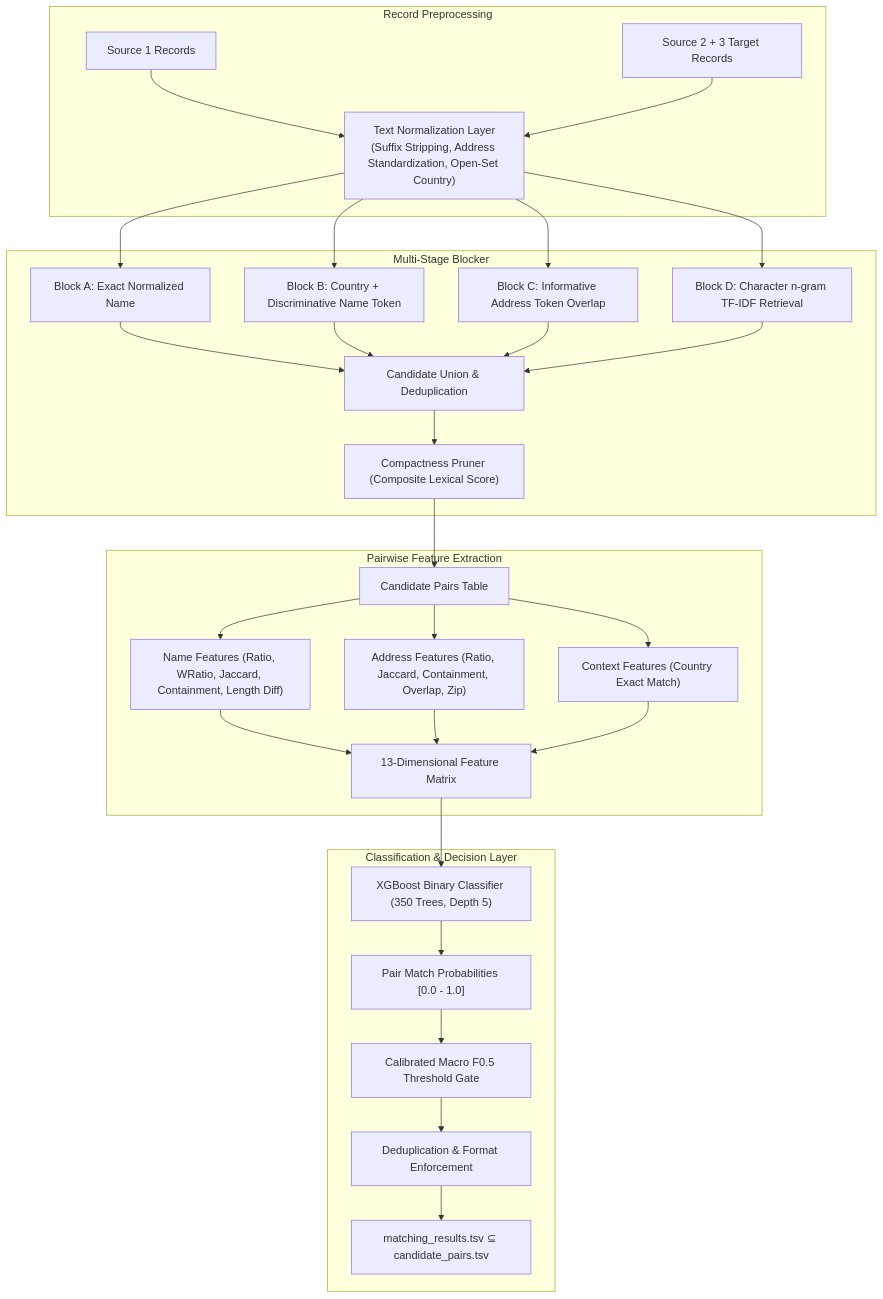
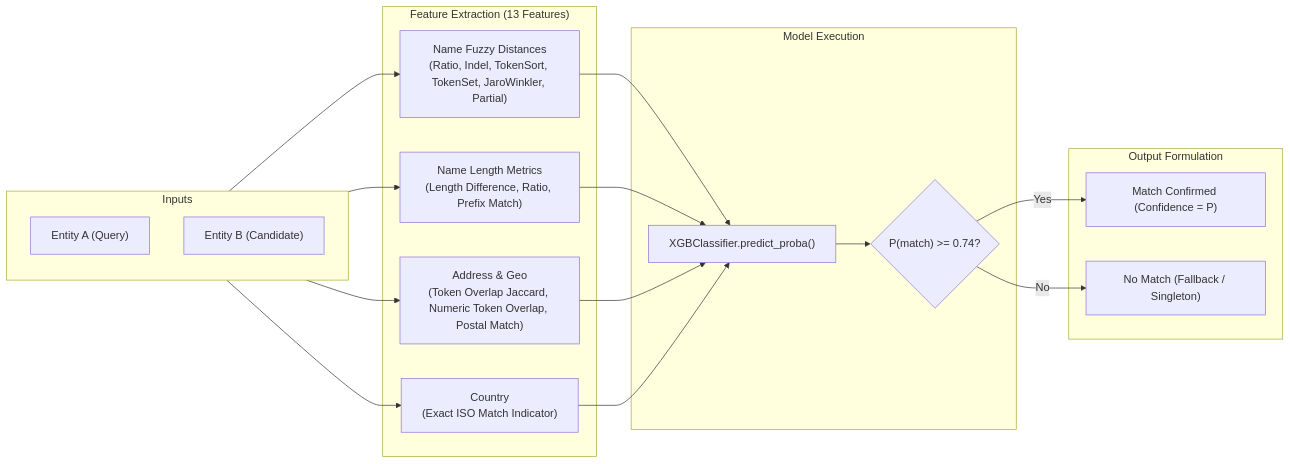
One commit to mohit809/Business-Entity-Resolution changed the sixth of 7 diagrams in BER pro/ARCHITECTURE.md. Above: the diagram before and after it, drawn with Mermaid. The commit also changed other lines of this file and 5 other files, not shown here.

````diff
--- a/BER pro/ARCHITECTURE.md
+++ b/BER pro/ARCHITECTURE.md
@@ -118,40 +145,30 @@
 ```mermaid
-flowchart TD
-    subgraph Ingestion ["Record Preprocessing"]
-        S1["Source 1 Records"]
-        Targets["Source 2 + 3 Target Records"]
-        Norm["Text Normalization Layer\n(Suffix Stripping, Address Standardization, Open-Set Country)"]
-        S1 --> Norm
-        Targets --> Norm
+flowchart LR
+    subgraph Inputs
+        A["Entity A (Query)"]
+        B["Entity B (Candidate)"]
     end
 
-    subgraph BlockingEngine ["Multi-Stage Blocker"]
-        Norm --> BlockA["Block A: Exact Normalized Name"]
-        Norm --> BlockB["Block B: Country + Discriminative Name Token"]
-        Norm --> BlockC["Block C: Informative Address Token Overlap"]
-        Norm --> BlockD["Block D: Character n-gram TF-IDF Retrieval"]
-        BlockA --> Union["Candidate Union & Deduplication"]
-        BlockB --> Union
-        BlockC --> Union
-        BlockD --> Union
-        Union --> Pruning["Compactness Pruner (Composite Lexical Score)"]
+    subgraph Extraction ["Feature Extraction (13 Features)"]
+        F1["Name Fuzzy Distances\n(Ratio, Indel, TokenSort, TokenSet, JaroWinkler, Partial)"]
+        F2["Name Length Metrics\n(Length Difference, Ratio, Prefix Match)"]
+        F3["Address & Geo\n(Token Overlap Jaccard, Numeric Token Overlap, Postal Match)"]
+        F4["Country\n(Exact ISO Match Indicator)"]
     end
 
-    subgraph FeatureEngineering ["Pairwise Feature Extraction"]
-        Pruning --> Pairs["Candidate Pairs Table"]
-        Pairs --> NameFeats["Name Features (Ratio, WRatio, Jaccard, Containment, Length Diff)"]
-        Pairs --> AddrFeats["Address Features (Ratio, Jaccard, Containment, Overlap, Zip)"]
-        Pairs --> CtxFeats["Context Features (Country Exact Match)"]
-        NameFeats --> FeatMatrix["13-Dimensional Feature Matrix"]
-        AddrFeats --> FeatMatrix
-        CtxFeats --> FeatMatrix
+    subgraph Inference ["Model Execution"]
+        XGB["XGBClassifier.predict_proba()"]
+        Gate{"P(match) >= 0.74?"}
     end
 
-    subgraph DecisionEngine ["Classification & Decision Layer"]
-        FeatMatrix --> XGB["XGBoost Binary Classifier (350 Trees, Depth 5)"]
-        XGB --> Probabilities["Pair Match Probabilities [0.0 - 1.0]"]
-        Probabilities --> Calib["Calibrated Macro F0.5 Threshold Gate"]
-        Calib --> Dedupe["Deduplication & Format Enforcement"]
-        Dedupe --> Results["matching_results.tsv ⊆ candidate_pairs.tsv"]
+    subgraph Decision ["Output Formulation"]
+        Match["Match Confirmed (Confidence = P)"]
+        NoMatch["No Match (Fallback / Singleton)"]
     end
+
+    Inputs --> F1 & F2 & F3 & F4
+    F1 & F2 & F3 & F4 --> XGB
+    XGB --> Gate
+    Gate -- Yes --> Match
+    Gate -- No --> NoMatch
 ```
````
